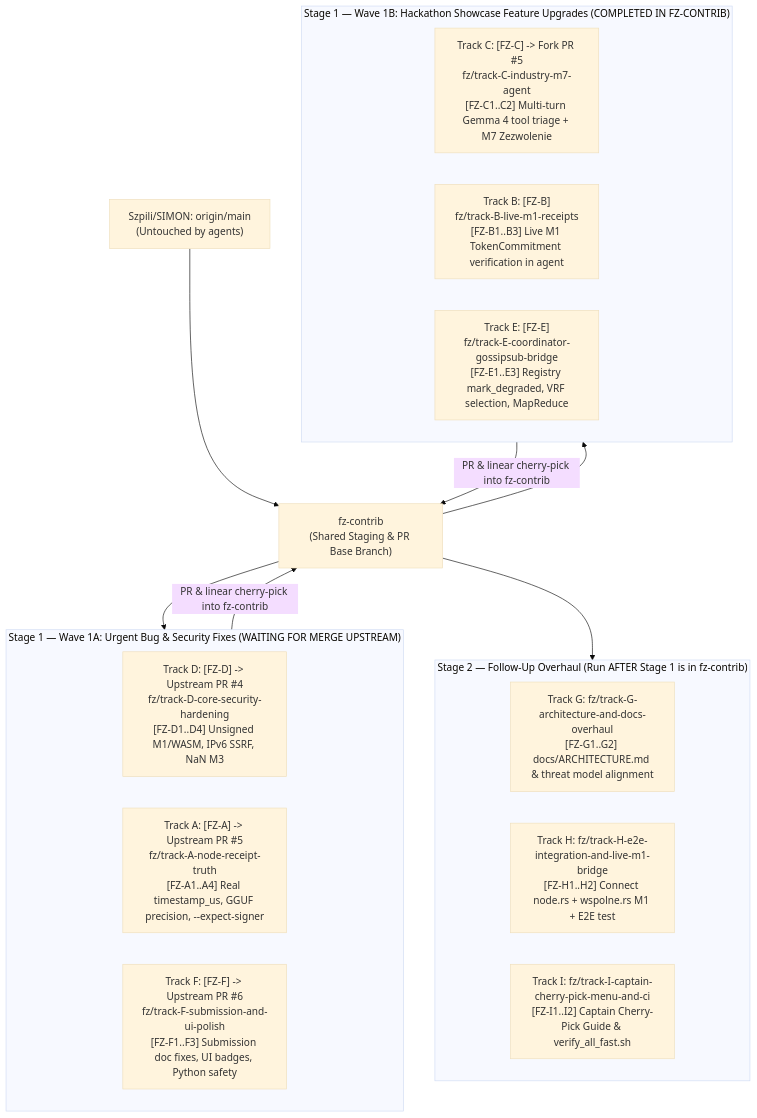
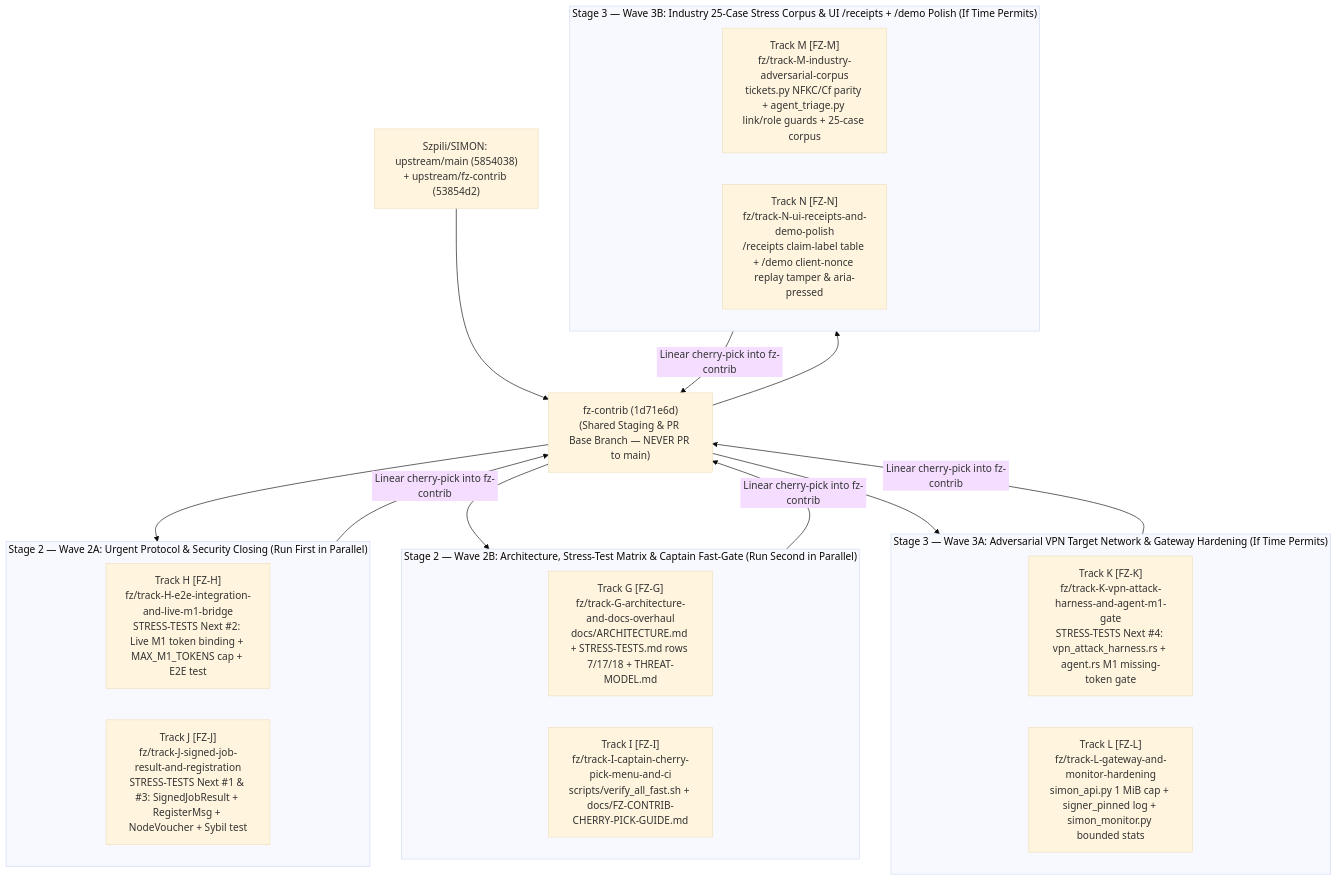
Before and after one commit to filipzarzynski/SIMPN_ARGON_HANDOWER: the diagram in parallel_agents/ORCHESTRATOR_GUIDE.md, drawn with Mermaid (base theme). The commit also changed other lines of this file and 24 other files, not shown here.

Commit message:
feat(stage2-3): add Stage 1 Captain review post-mortem, guardrails skill, and Stage 2/3 wave specs (Tracks G-N)

````diff
--- a/parallel_agents/ORCHESTRATOR_GUIDE.md
+++ b/parallel_agents/ORCHESTRATOR_GUIDE.md
@@ -16,30 +23,35 @@
 ```mermaid
 flowchart TD
-    Main["Szpili/SIMON: origin/main<br/>(Untouched by agents)"]
-    FZ["fz-contrib<br/>(Shared Staging & PR Base Branch)"]
+    Main["Szpili/SIMON: upstream/main (5854038)<br/>+ upstream/fz-contrib (53854d2)"]
+    FZ["fz-contrib (1d71e6d)<br/>(Shared Staging & PR Base Branch — NEVER PR to main)"]
     Main --> FZ
 
-    subgraph Wave1A["Stage 1 — Wave 1A: Urgent Bug & Security Fixes (WAITING FOR MERGE UPSTREAM)"]
-        TD["Track D: [FZ-D] -> Upstream PR #4<br/>fz/track-D-core-security-hardening<br/>[FZ-D1..D4] Unsigned M1/WASM, IPv6 SSRF, NaN M3"]
-        TA["Track A: [FZ-A] -> Upstream PR #5<br/>fz/track-A-node-receipt-truth<br/>[FZ-A1..A4] Real timestamp_us, GGUF precision, --expect-signer"]
-        TF["Track F: [FZ-F] -> Upstream PR #6<br/>fz/track-F-submission-and-ui-polish<br/>[FZ-F1..F3] Submission doc fixes, UI badges, Python safety"]
+    subgraph Wave2A["Stage 2 — Wave 2A: Urgent Protocol & Security Closing (Run First in Parallel)"]
+        TH["Track H [FZ-H]<br/>fz/track-H-e2e-integration-and-live-m1-bridge<br/>STRESS-TESTS Next #2: Live M1 token binding + MAX_M1_TOKENS cap + E2E test"]
+        TJ["Track J [FZ-J]<br/>fz/track-J-signed-job-result-and-registration<br/>STRESS-TESTS Next #1 & #3: SignedJobResult + RegisterMsg + NodeVoucher + Sybil test"]
     end
 
-    subgraph Wave1B["Stage 1 — Wave 1B: Hackathon Showcase Feature Upgrades (COMPLETED IN FZ-CONTRIB)"]
-        TC["Track C: [FZ-C] -> Fork PR #5<br/>fz/track-C-industry-m7-agent<br/>[FZ-C1..C2] Multi-turn Gemma 4 tool triage + M7 Zezwolenie"]
-        TB["Track B: [FZ-B]<br/>fz/track-B-live-m1-receipts<br/>[FZ-B1..B3] Live M1 TokenCommitment verification in agent"]
-        TE["Track E: [FZ-E]<br/>fz/track-E-coordinator-gossipsub-bridge<br/>[FZ-E1..E3] Registry mark_degraded, VRF selection, MapReduce"]
+    subgraph Wave2B["Stage 2 — Wave 2B: Architecture, Stress-Test Matrix & Captain Fast-Gate (Run Second in Parallel)"]
+        TG["Track G [FZ-G]<br/>fz/track-G-architecture-and-docs-overhaul<br/>docs/ARCHITECTURE.md + STRESS-TESTS.md rows 7/17/18 + THREAT-MODEL.md"]
+        TI["Track I [FZ-I]<br/>fz/track-I-captain-cherry-pick-menu-and-ci<br/>scripts/verify_all_fast.sh + docs/FZ-CONTRIB-CHERRY-PICK-GUIDE.md"]
     end
 
-    subgraph Stage2["Stage 2 — Follow-Up Overhaul (Run AFTER Stage 1 is in fz-contrib)"]
-        TG["Track G: fz/track-G-architecture-and-docs-overhaul<br/>[FZ-G1..G2] docs/ARCHITECTURE.md & threat model alignment"]
-        TH["Track H: fz/track-H-e2e-integration-and-live-m1-bridge<br/>[FZ-H1..H2] Connect node.rs + wspolne.rs M1 + E2E test"]
-        TI["Track I: fz/track-I-captain-cherry-pick-menu-and-ci<br/>[FZ-I1..I2] Captain Cherry-Pick Guide & verify_all_fast.sh"]
+    subgraph Wave3A["Stage 3 — Wave 3A: Adversarial VPN Target Network & Gateway Hardening (If Time Permits)"]
+        TK["Track K [FZ-K]<br/>fz/track-K-vpn-attack-harness-and-agent-m1-gate<br/>STRESS-TESTS Next #4: vpn_attack_harness.rs + agent.rs M1 missing-token gate"]
+        TL["Track L [FZ-L]<br/>fz/track-L-gateway-and-monitor-hardening<br/>simon_api.py 1 MiB cap + signer_pinned log + simon_monitor.py bounded stats"]
     end
 
-    FZ --> Wave1A
-    FZ --> Wave1B
-    Wave1A -->|"PR & linear cherry-pick into fz-contrib"| FZ
-    Wave1B -->|"PR & linear cherry-pick into fz-contrib"| FZ
-    FZ --> Stage2
+    subgraph Wave3B["Stage 3 — Wave 3B: Industry 25-Case Stress Corpus & UI /receipts + /demo Polish (If Time Permits)"]
+        TM["Track M [FZ-M]<br/>fz/track-M-industry-adversarial-corpus<br/>tickets.py NFKC/Cf parity + agent_triage.py link/role guards + 25-case corpus"]
+        TN["Track N [FZ-N]<br/>fz/track-N-ui-receipts-and-demo-polish<br/>/receipts claim-label table + /demo client-nonce replay tamper & aria-pressed"]
+    end
+
+    FZ --> Wave2A
+    Wave2A -->|"Linear cherry-pick into fz-contrib"| FZ
+    FZ --> Wave2B
+    Wave2B -->|"Linear cherry-pick into fz-contrib"| FZ
+    FZ --> Wave3A
+    Wave3A -->|"Linear cherry-pick into fz-contrib"| FZ
+    FZ --> Wave3B
+    Wave3B -->|"Linear cherry-pick into fz-contrib"| FZ
 ```
````
